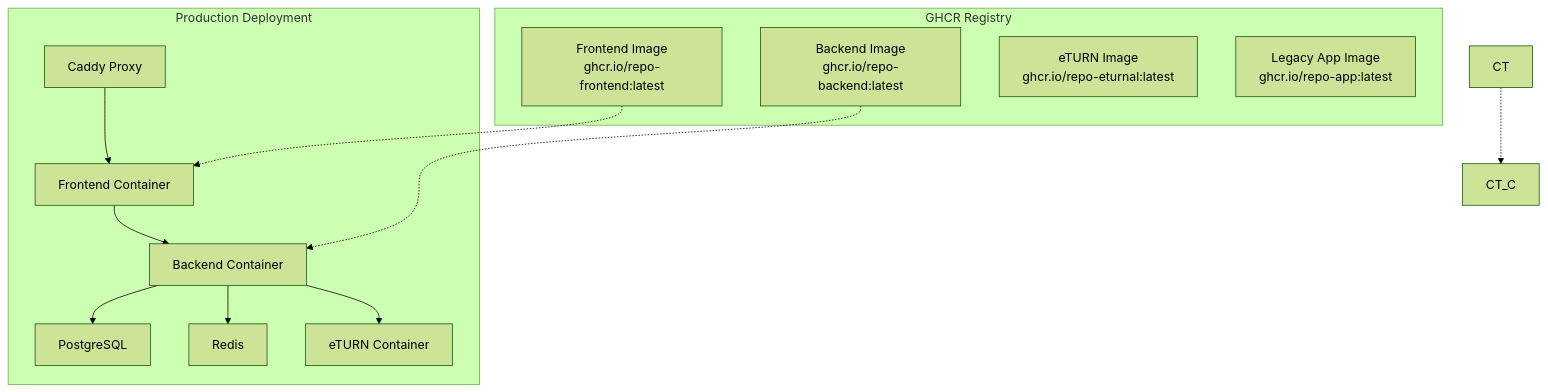
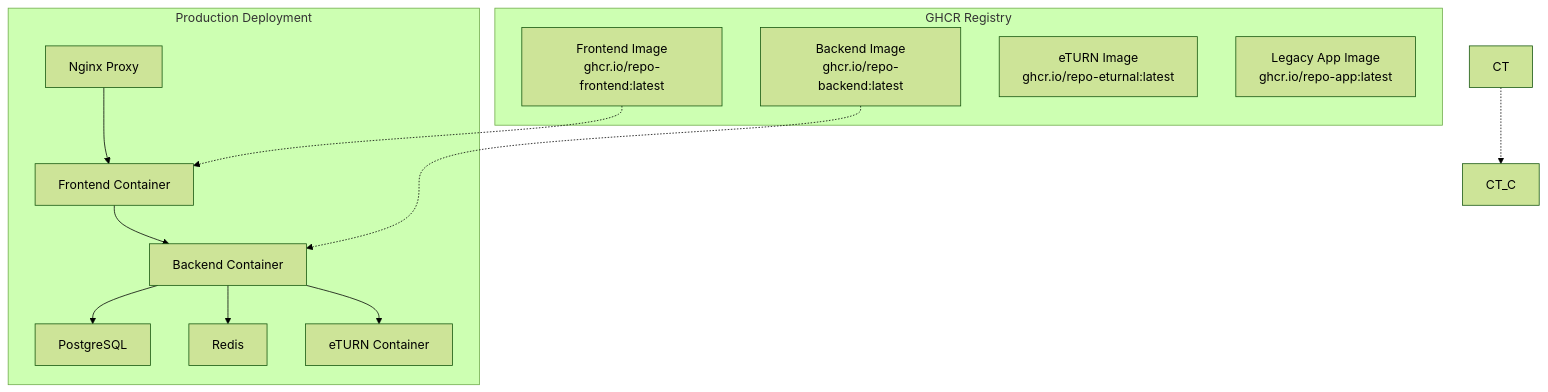
The diagram in docs/MULTI_SERVICE_ARCHITECTURE.md (Naimur2/videocallsystem), drawn with Mermaid (forest theme) before and after one commit. The commit also changed other lines of this file and 9 other files, not shown here.

````diff
--- a/docs/MULTI_SERVICE_ARCHITECTURE.md
+++ b/docs/MULTI_SERVICE_ARCHITECTURE.md
@@ -15,21 +15,21 @@
 ```mermaid
 graph TB
     subgraph "GHCR Registry"
         FE[Frontend Image<br/>ghcr.io/repo-frontend:latest]
         BE[Backend Image<br/>ghcr.io/repo-backend:latest]
         ET[eTURN Image<br/>ghcr.io/repo-eturnal:latest]
         LG[Legacy App Image<br/>ghcr.io/repo-app:latest]
     end
     
     subgraph "Production Deployment"
-        CD[Caddy Proxy] --> FE_C[Frontend Container]
+        NG[Nginx Proxy] --> FE_C[Frontend Container]
         FE_C --> BE_C[Backend Container]
         BE_C --> PG[PostgreSQL]
         BE_C --> RD[Redis]
         BE_C --> ET_C[eTURN Container]
     end
     
     FE -.-> FE_C
     BE -.-> BE_C
     CT -.-> CT_C
 ```
````
